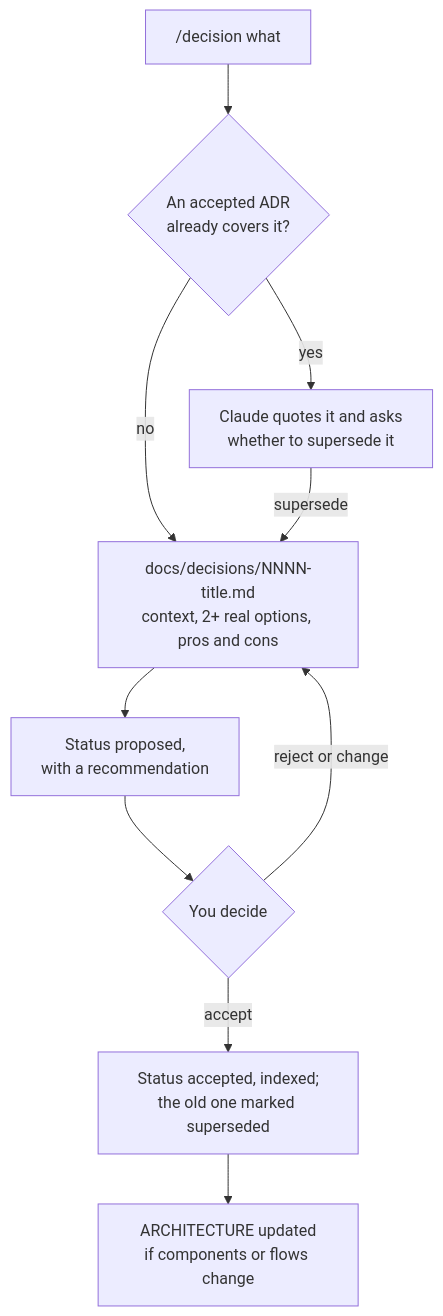
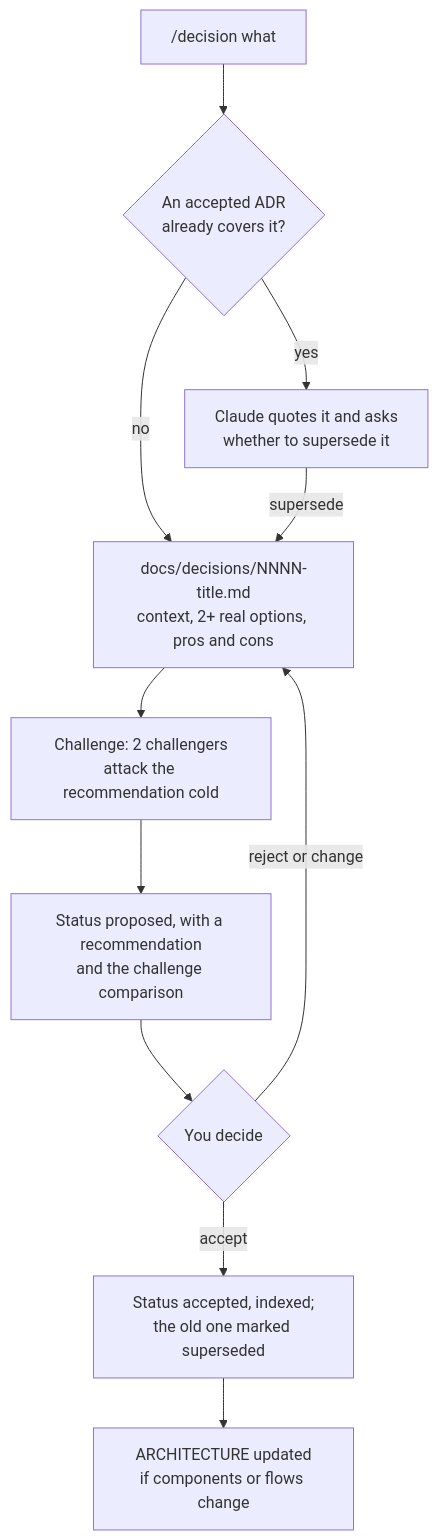
The seventh of 13 diagrams in docs/WORKFLOWS.md (serbenda/project-template), drawn with Mermaid before and after one commit. The commit also changed 10 other files, not shown here.

````diff
--- a/docs/WORKFLOWS.md
+++ b/docs/WORKFLOWS.md
@@ -140,12 +140,13 @@
 ```mermaid
 flowchart TD
     A["/decision what"] --> B{"An accepted ADR<br/>already covers it?"}
     B -->|"yes"| C["Claude quotes it and asks<br/>whether to supersede it"]
     B -->|"no"| D["docs/decisions/NNNN-title.md<br/>context, 2+ real options, pros and cons"]
     C -->|"supersede"| D
-    D --> E["Status proposed,<br/>with a recommendation"]
+    D --> CH["Challenge: 2 challengers<br/>attack the recommendation cold"]
+    CH --> E["Status proposed, with a recommendation<br/>and the challenge comparison"]
     E --> F{"You decide"}
     F -->|"accept"| G["Status accepted, indexed;<br/>the old one marked superseded"]
     F -->|"reject or change"| D
     G --> H["ARCHITECTURE updated<br/>if components or flows change"]
 ```
````
